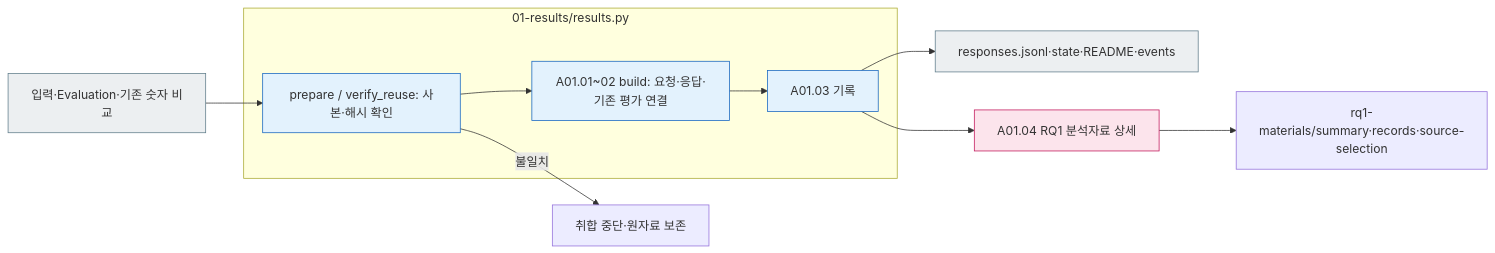
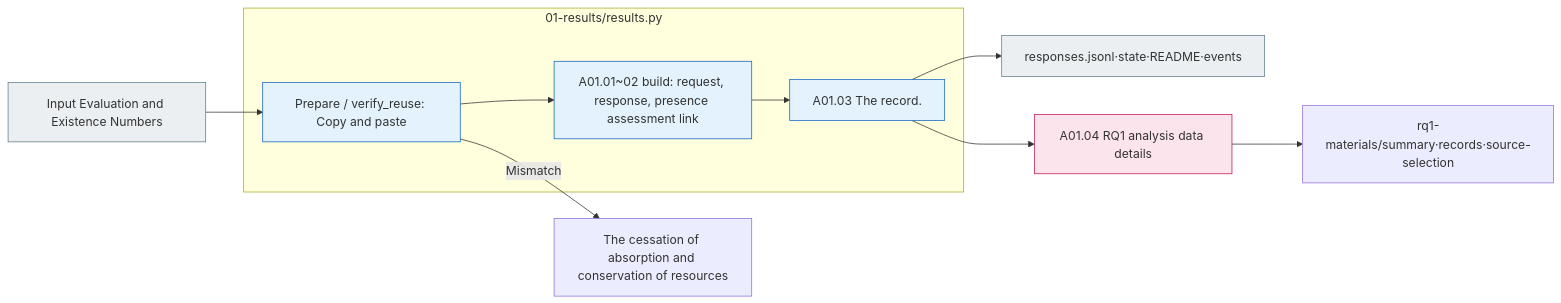
Before and after one commit to pnu-clink/finject: the diagram in src/finarch/documentation/templates/stages/02-experiments/02_analysis/01_results/README.md, drawn with Mermaid. The commit also changed other lines of this file and 644 other files, not shown here.

````diff
--- a/src/finarch/documentation/templates/stages/02-experiments/02_analysis/01_results/README.md
+++ b/src/finarch/documentation/templates/stages/02-experiments/02_analysis/01_results/README.md
@@ -51,18 +51,18 @@
 ```mermaid
 flowchart LR
- I["입력·Evaluation·기존 숫자 비교"]
+ I["Input Evaluation and Existence Numbers"]
  subgraph source["01-results/results.py"]
-  V["prepare / verify_reuse: 사본·해시 확인"] --> S["A01.01~02 build: 요청·응답·기존 평가 연결"] --> O["A01.03 기록"]
+  V["Prepare / verify_reuse: Copy and paste"] --> S["A01.01~02 build: request, response, presence assessment link"] --> O["A01.03 The record."]
  end
  I --> V
  O --> R["responses.jsonl·state·README·events"]
- O --> M["A01.04 RQ1 분석자료 상세"]
+ O --> M["A01.04 RQ1 analysis data details"]
  M --> Q["rq1-materials/summary·records·source-selection"]
  classDef detail fill:#fce4ec,stroke:#c2185b;
  class M detail;
- V -->|불일치| F["취합 중단·원자료 보존"]
+ V -->|Mismatch| F["The cessation of absorption and conservation of resources"]
  classDef file fill:#eceff1,stroke:#607d8b;
  classDef local fill:#e3f2fd,stroke:#1565c0;
  class I,R file;
  class V,S,O local;
 ```
````
